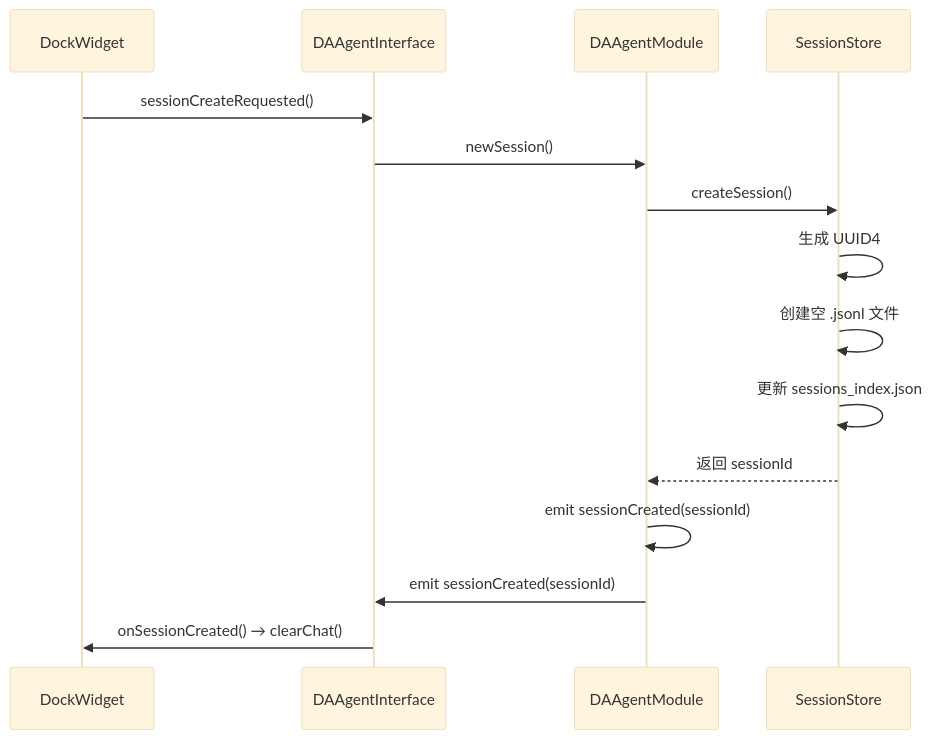
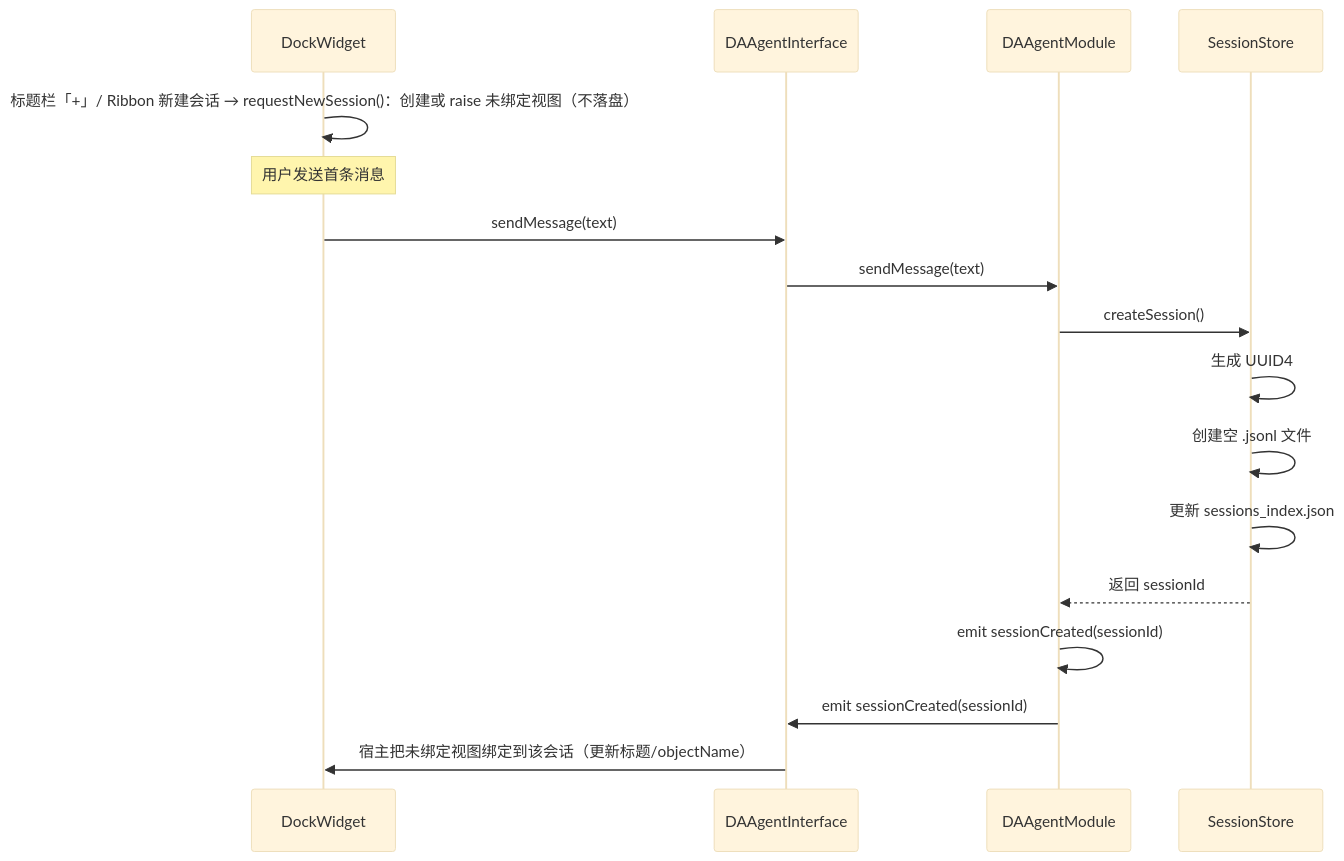
Before and after one commit to czyt1988/data-workbench: the first of 4 diagrams in docs/zh/dev-guide/agent/session-management.md, drawn with Mermaid (base theme). The commit also changed other lines of this file and 55 other files, not shown here.

````diff
--- a/docs/zh/dev-guide/agent/session-management.md
+++ b/docs/zh/dev-guide/agent/session-management.md
@@ -97,18 +97,20 @@
 ```mermaid
 sequenceDiagram
     participant UI as DockWidget
     participant IF as DAAgentInterface
     participant M as DAAgentModule
     participant S as SessionStore
 
-    UI->>IF: sessionCreateRequested()
-    IF->>M: newSession()
+    UI->>UI: 标题栏「+」/ Ribbon 新建会话 → requestNewSession()：创建或 raise 未绑定视图（不落盘）
+    Note over UI: 用户发送首条消息
+    UI->>IF: sendMessage(text)
+    IF->>M: sendMessage(text)
     M->>S: createSession()
     S->>S: 生成 UUID4
     S->>S: 创建空 .jsonl 文件
     S->>S: 更新 sessions_index.json
     S-->>M: 返回 sessionId
     M->>M: emit sessionCreated(sessionId)
     M->>IF: emit sessionCreated(sessionId)
-    IF->>UI: onSessionCreated() → clearChat()
+    IF->>UI: 宿主把未绑定视图绑定到该会话（更新标题/objectName）
 ```
````
